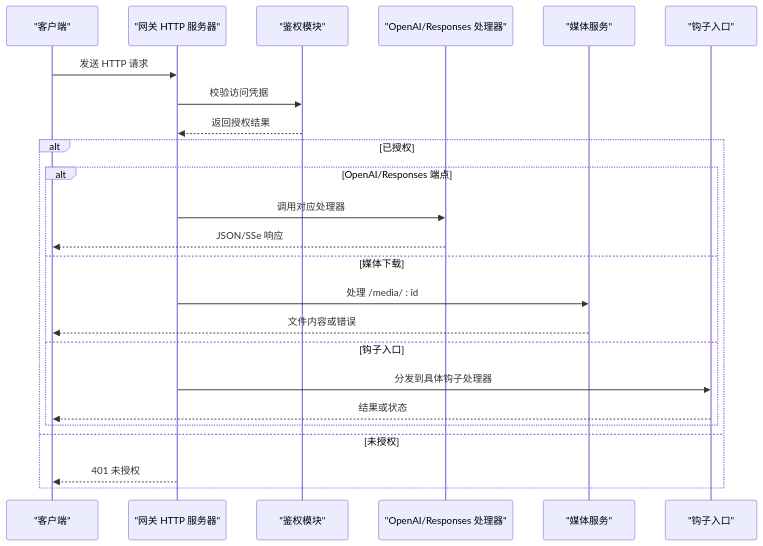
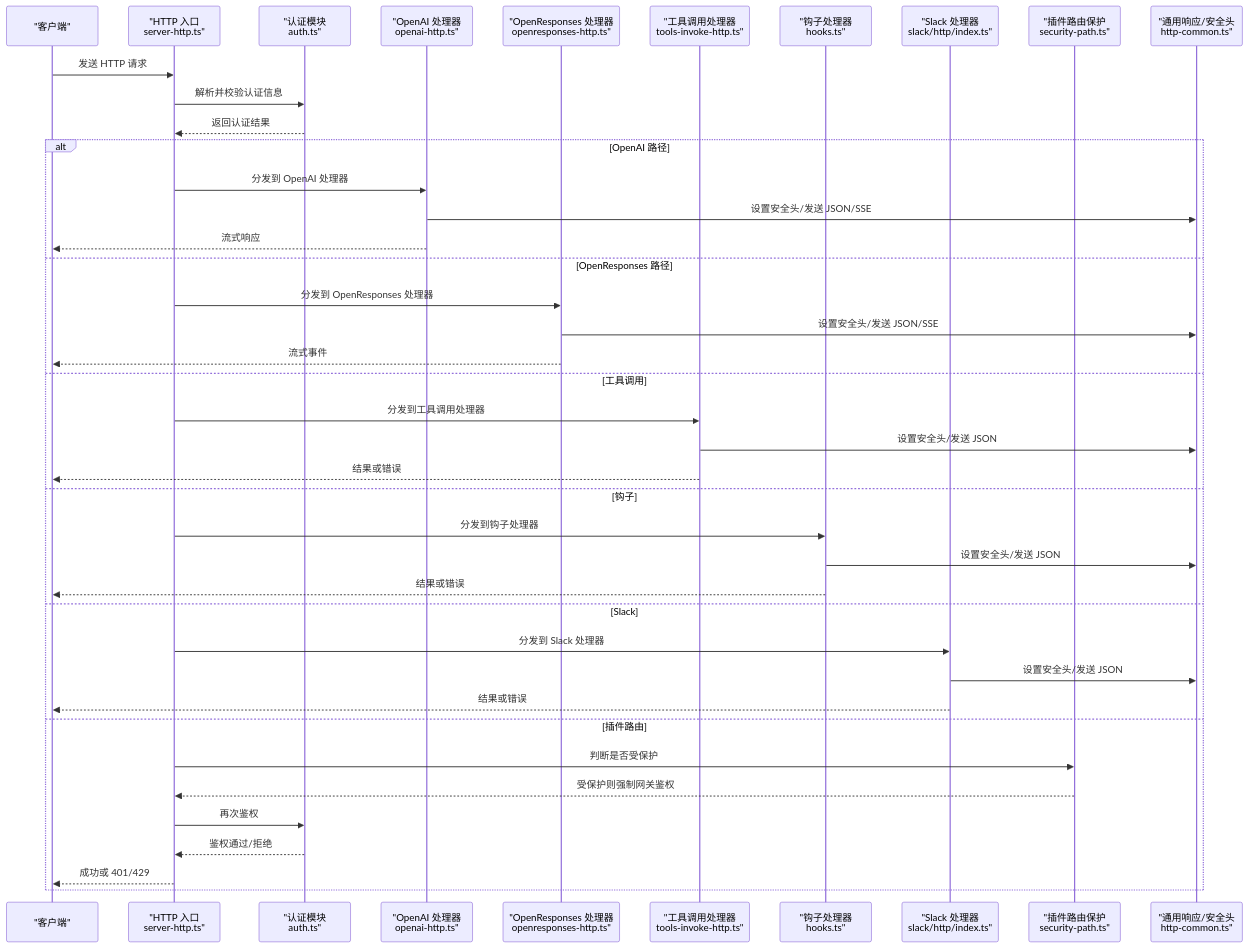
The second of 6 diagrams in .qoder/repowiki/zh/content/API参考/HTTP API.md (HACK-WU/openclaw), drawn with Mermaid before and after one commit. The commit also changed other lines of this file and 549 other files, not shown here.

````diff
--- a/.qoder/repowiki/zh/content/API参考/HTTP API.md
+++ b/.qoder/repowiki/zh/content/API参考/HTTP API.md
@@ -88,26 +185,43 @@
 ```mermaid
 sequenceDiagram
-participant C as "客户端"
-participant G as "网关 HTTP 服务器"
-participant A as "鉴权模块"
-participant O as "OpenAI/Responses 处理器"
-participant M as "媒体服务"
-participant H as "钩子入口"
-C->>G : 发送 HTTP 请求
-G->>A : 校验访问凭据
-A-->>G : 返回授权结果
-alt 已授权
-alt OpenAI/Responses 端点
-G->>O : 调用对应处理器
-O-->>C : JSON/SSe 响应
-else 媒体下载
-G->>M : 处理 /media/ : id
-M-->>C : 文件内容或错误
-else 钩子入口
-G->>H : 分发到具体钩子处理器
-H-->>C : 结果或状态
-end
-else 未授权
-G-->>C : 401 未授权
+participant Client as "客户端"
+participant HTTP as "HTTP 入口<br/>server-http.ts"
+participant Auth as "认证模块<br/>auth.ts"
+participant OA as "OpenAI 处理器<br/>openai-http.ts"
+participant OR as "OpenResponses 处理器<br/>openresponses-http.ts"
+participant Tools as "工具调用处理器<br/>tools-invoke-http.ts"
+participant Hooks as "钩子处理器<br/>hooks.ts"
+participant Slack as "Slack 处理器<br/>slack/http/index.ts"
+participant Sec as "插件路由保护<br/>security-path.ts"
+participant Common as "通用响应/安全头<br/>http-common.ts"
+Client->>HTTP : 发送 HTTP 请求
+HTTP->>Auth : 解析并校验认证信息
+Auth-->>HTTP : 返回认证结果
+alt OpenAI 路径
+HTTP->>OA : 分发到 OpenAI 处理器
+OA->>Common : 设置安全头/发送 JSON/SSE
+OA-->>Client : 流式响应
+else OpenResponses 路径
+HTTP->>OR : 分发到 OpenResponses 处理器
+OR->>Common : 设置安全头/发送 JSON/SSE
+OR-->>Client : 流式事件
+else 工具调用
+HTTP->>Tools : 分发到工具调用处理器
+Tools->>Common : 设置安全头/发送 JSON
+Tools-->>Client : 结果或错误
+else 钩子
+HTTP->>Hooks : 分发到钩子处理器
+Hooks->>Common : 设置安全头/发送 JSON
+Hooks-->>Client : 结果或错误
+else Slack
+HTTP->>Slack : 分发到 Slack 处理器
+Slack->>Common : 设置安全头/发送 JSON
+Slack-->>Client : 结果或错误
+else 插件路由
+HTTP->>Sec : 判断是否受保护
+Sec-->>HTTP : 受保护则强制网关鉴权
+HTTP->>Auth : 再次鉴权
+Auth-->>HTTP : 鉴权通过/拒绝
+HTTP-->>Client : 成功或 401/429
 end
 ```
````
